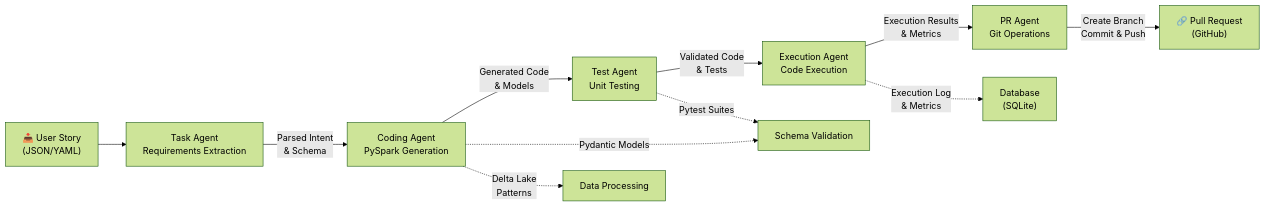
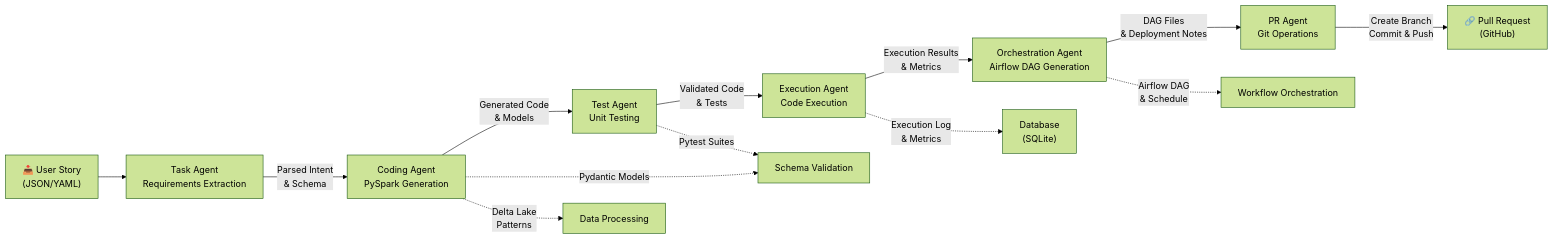
Before and after one commit to amalphonse/Autonomous-ETL-ELT-Agent-for-DevOps-Driven-Data-Engineering: the first of 2 diagrams in README.md, drawn with Mermaid (forest theme). The commit also changed other lines of this file and 9 other files, not shown here.

First line of the commit message:
feat: add Airflow orchestration agent with DAG generation capability

````diff
--- a/README.md
+++ b/README.md
@@ -37,14 +39,16 @@
 ```mermaid
 graph LR
     A["📥 User Story<br/>(JSON/YAML)"] --> B["Task Agent<br/>Requirements Extraction"]
     B --> |"Parsed Intent<br/>& Schema"| C["Coding Agent<br/>PySpark Generation"]
     C --> |"Generated Code<br/>& Models"| D["Test Agent<br/>Unit Testing"]
     D --> |"Validated Code<br/>& Tests"| E["Execution Agent<br/>Code Execution"]
-    E --> |"Execution Results<br/>& Metrics"| F["PR Agent<br/>Git Operations"]
-    F --> |"Create Branch<br/>Commit & Push"| G["🔗 Pull Request<br/>(GitHub)"]
+    E --> |"Execution Results<br/>& Metrics"| F["Orchestration Agent<br/>Airflow DAG Generation"]
+    F --> |"DAG Files<br/>& Deployment Notes"| G["PR Agent<br/>Git Operations"]
+    G --> |"Create Branch<br/>Commit & Push"| H["🔗 Pull Request<br/>(GitHub)"]
     
-    C -.->|"Pydantic Models"| H["Schema Validation"]
-    D -.->|"Pytest Suites"| H
-    C -.->|"Delta Lake<br/>Patterns"| I["Data Processing"]
-    E -.->|"Execution Log<br/>& Metrics"| J["Database<br/>(SQLite)"]
+    C -.->|"Pydantic Models"| I["Schema Validation"]
+    D -.->|"Pytest Suites"| I
+    C -.->|"Delta Lake<br/>Patterns"| J["Data Processing"]
+    E -.->|"Execution Log<br/>& Metrics"| K["Database<br/>(SQLite)"]
+    F -.->|"Airflow DAG<br/>& Schedule"| L["Workflow Orchestration"]
 ```
````
